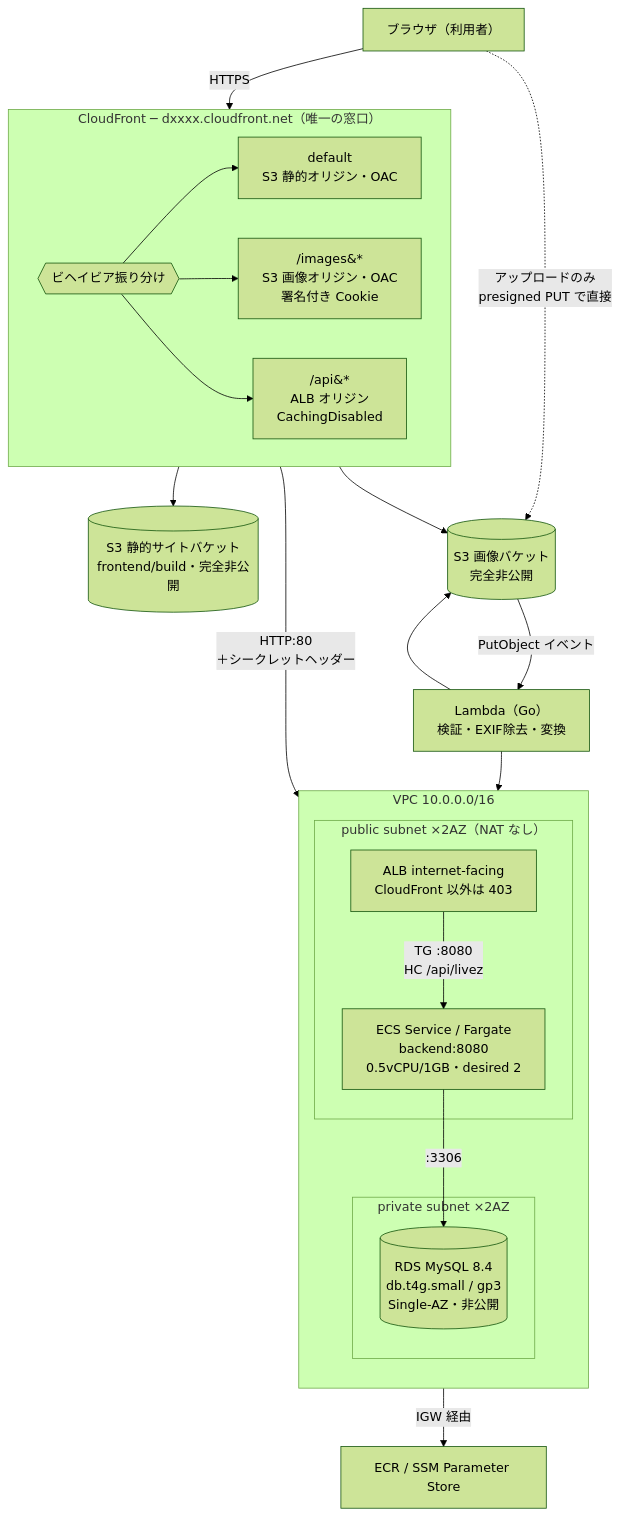
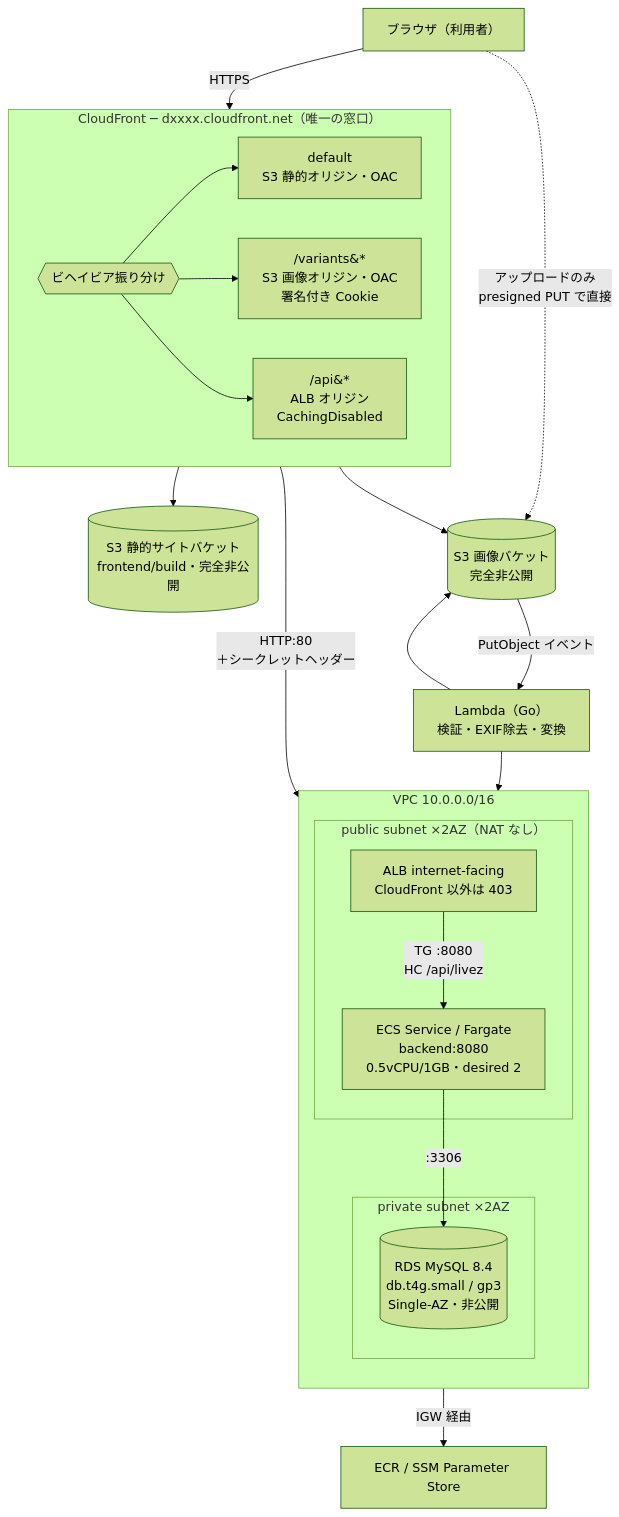
The diagram in docs/aws-architecture.md (doryu0-04092/tabi-log), drawn with Mermaid (forest theme) before and after one commit. The commit also changed other lines of this file and 5 other files, not shown here.

````diff
--- a/docs/aws-architecture.md
+++ b/docs/aws-architecture.md
@@ -33,39 +42,39 @@
 ```mermaid
 flowchart TD
     U["ブラウザ（利用者）"] -->|HTTPS| CF
 
     subgraph CFD["CloudFront ─ dxxxx.cloudfront.net（唯一の窓口）"]
       direction LR
       CF{{"ビヘイビア振り分け"}}
       B2["default<br/>S3 静的オリジン・OAC"]
-      B3["/images&#42;<br/>S3 画像オリジン・OAC<br/>署名付き Cookie"]
+      B3["/variants&#42;<br/>S3 画像オリジン・OAC<br/>署名付き Cookie"]
       B1["/api&#42;<br/>ALB オリジン<br/>CachingDisabled"]
       CF --> B2
       CF --> B3
       CF --> B1
     end
 
     B2 --> S3F[("S3 静的サイトバケット<br/>frontend/build・完全非公開")]
     B3 --> S3I[("S3 画像バケット<br/>完全非公開")]
     B1 -->|"HTTP:80<br/>＋シークレットヘッダー"| ALB
 
     subgraph VPC["VPC 10.0.0.0/16"]
       direction TB
       subgraph PUB["public subnet ×2AZ（NAT なし）"]
         ALB["ALB internet-facing<br/>CloudFront 以外は 403"]
         ECS["ECS Service / Fargate<br/>backend:8080<br/>0.5vCPU/1GB・desired 2"]
         ALB -->|"TG :8080<br/>HC /api/livez"| ECS
       end
       subgraph PRI["private subnet ×2AZ"]
         RDS[("RDS MySQL 8.4<br/>db.t4g.small / gp3<br/>Single-AZ・非公開")]
       end
       ECS -->|":3306"| RDS
     end
 
     S3I -->|"PutObject イベント"| LMB["Lambda（Go）<br/>検証・EXIF除去・変換"]
     LMB --> S3I
     LMB --> RDS
 
     U -.->|"アップロードのみ<br/>presigned PUT で直接"| S3I
     ECS -->|"IGW 経由"| EXT["ECR / SSM Parameter Store"]
 ```
````
